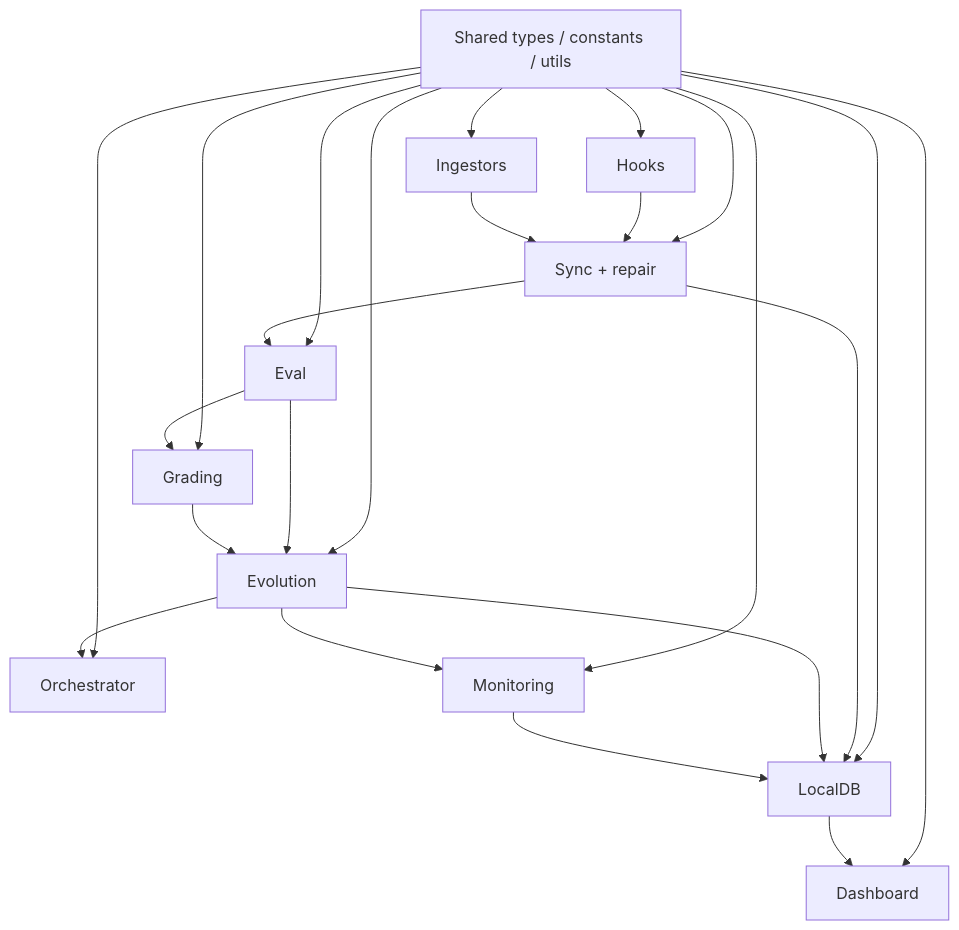
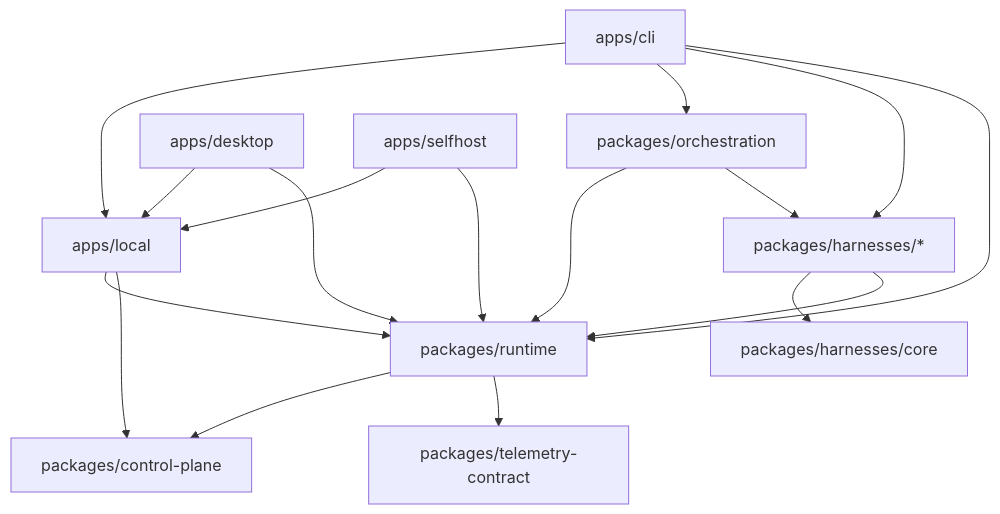
The second of 6 diagrams in ARCHITECTURE.md (WellDunDun/selftune), drawn with Mermaid before and after one commit. The commit also changed other lines of this file and 765 other files, not shown here.

````diff
--- a/ARCHITECTURE.md
+++ b/ARCHITECTURE.md
@@ -101,38 +98,22 @@
 ```mermaid
 flowchart TD
-  Shared[Shared types / constants / utils]
-  Hooks[Hooks]
-  Ingestors[Ingestors]
-  Sync[Sync + repair]
-  Eval[Eval]
-  Grading[Grading]
-  Evolution[Evolution]
-  Orchestrate[Orchestrator]
-  Monitoring[Monitoring]
-  LocalDB[LocalDB]
-  Dashboard[Dashboard]
+  CLI[apps/cli] --> Local[apps/local]
+  CLI --> Orchestration[packages/orchestration]
+  CLI --> Harnesses[packages/harnesses/*]
+  CLI --> Runtime[packages/runtime]
 
-  Shared --> Hooks
-  Shared --> Ingestors
-  Shared --> Sync
-  Shared --> Eval
-  Shared --> Grading
-  Shared --> Evolution
-  Shared --> Orchestrate
-  Shared --> Monitoring
-  Shared --> LocalDB
-  Shared --> Dashboard
+  Local --> Runtime
+  Local --> ControlPlane[packages/control-plane]
+  Orchestration --> Runtime
+  Orchestration --> Harnesses
 
-  Hooks --> Sync
-  Ingestors --> Sync
-  Sync --> Eval
-  Eval --> Grading
-  Eval --> Evolution
-  Grading --> Evolution
-  Evolution --> Orchestrate
-  Evolution --> Monitoring
-  Sync --> LocalDB
-  Evolution --> LocalDB
-  Monitoring --> LocalDB
-  LocalDB --> Dashboard
+  Harnesses --> HarnessCore[packages/harnesses/core]
+  Harnesses --> Runtime
+  Runtime --> ControlPlane
+  Runtime --> Telemetry[packages/telemetry-contract]
+
+  Desktop[apps/desktop] --> Local
+  Desktop --> Runtime
+  SelfHost[apps/selfhost] --> Local
+  SelfHost --> Runtime
 ```
````
